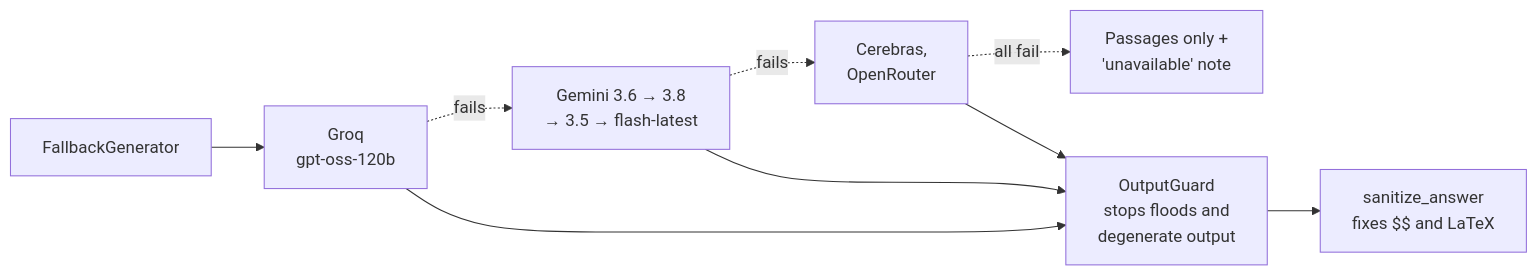
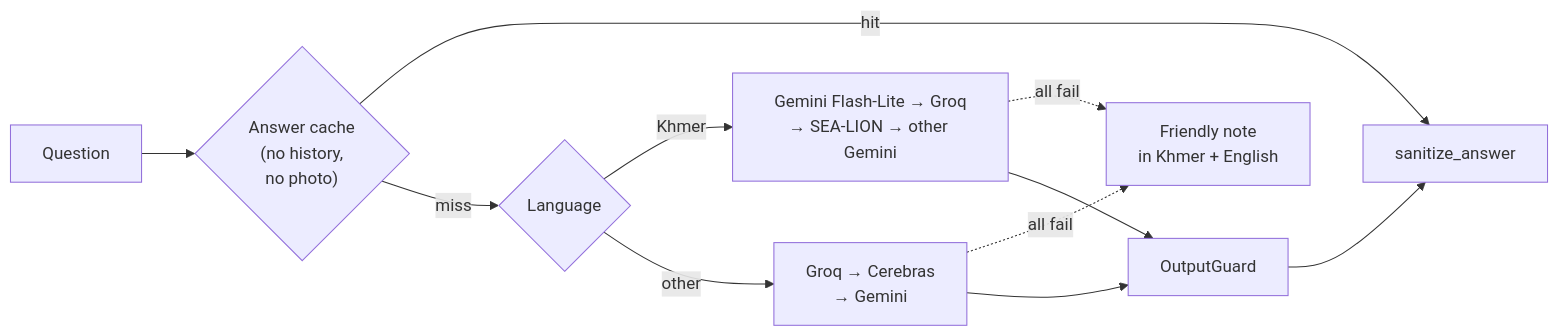
The fifth of 6 diagrams in README.md (Sothonp/Bondus), drawn with Mermaid before and after one commit. The commit also changed other lines of this file and 8 other files, not shown here.

First line of the commit message:
feat(llm): language routes, key rotation, answer cache and a per-IP limit

````diff
--- a/README.md
+++ b/README.md
@@ -180,9 +180,10 @@
 ```mermaid
 flowchart LR
-    F["FallbackGenerator"] --> G1["Groq<br/>gpt-oss-120b"]
-    G1 -. fails .-> G2["Gemini 3.6 → 3.8<br/>→ 3.5 → flash-latest"]
-    G2 -. fails .-> G3["Cerebras,<br/>OpenRouter"]
-    G3 -. "all fail" .-> X["Passages only +<br/>'unavailable' note"]
-    G1 & G2 & G3 --> O["OutputGuard<br/>stops floods and<br/>degenerate output"]
-    O --> Z["sanitize_answer<br/>fixes $$ and LaTeX"]
+    Q["Question"] --> C{"Answer cache<br/>(no history,<br/>no photo)"}
+    C -- hit --> Z
+    C -- miss --> R{"Language"}
+    R -- Khmer --> K["Gemini Flash-Lite → Groq<br/>→ SEA-LION → other Gemini"]
+    R -- other --> E["Groq → Cerebras<br/>→ Gemini"]
+    K & E -. "all fail" .-> X["Friendly note<br/>in Khmer + English"]
+    K & E --> O["OutputGuard"] --> Z["sanitize_answer"]
 ```
````
